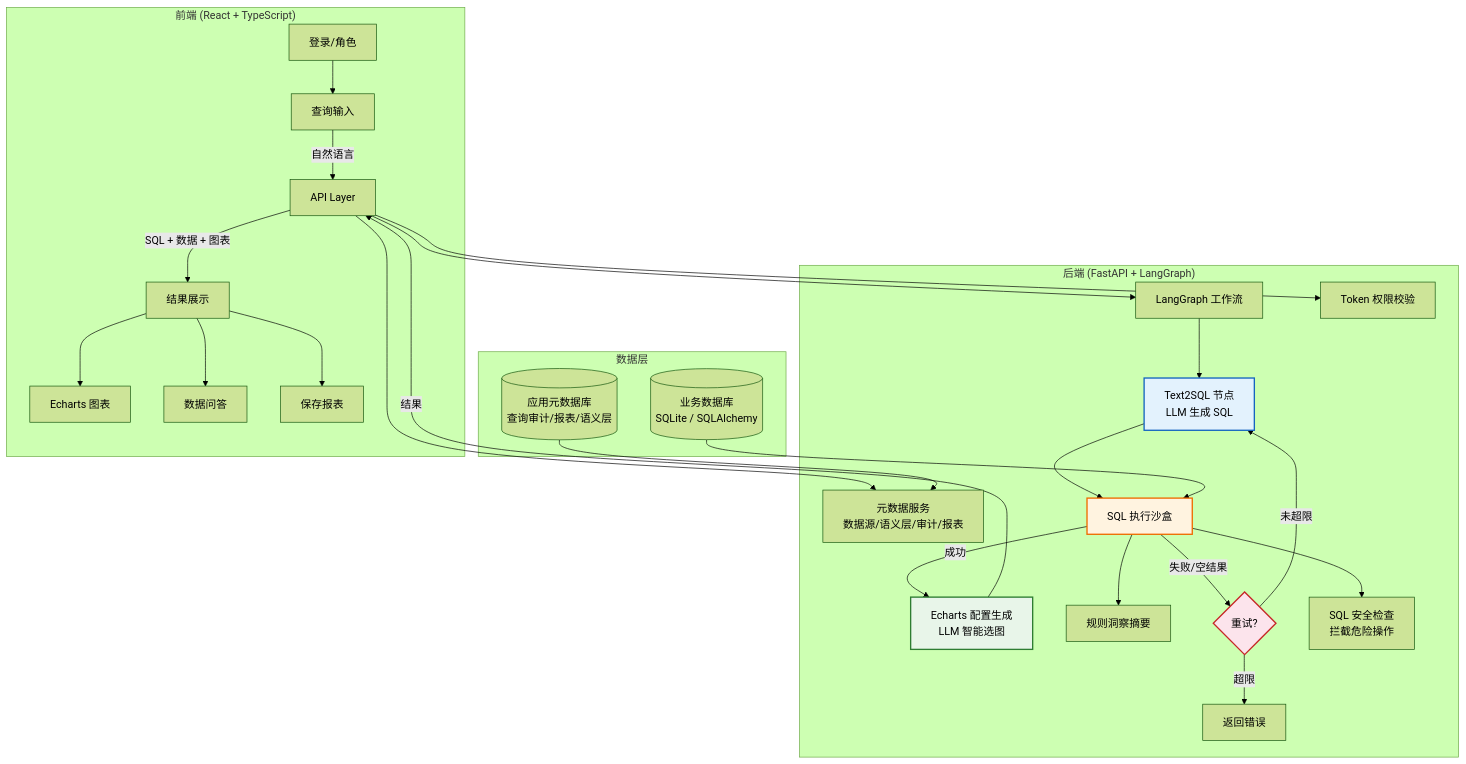
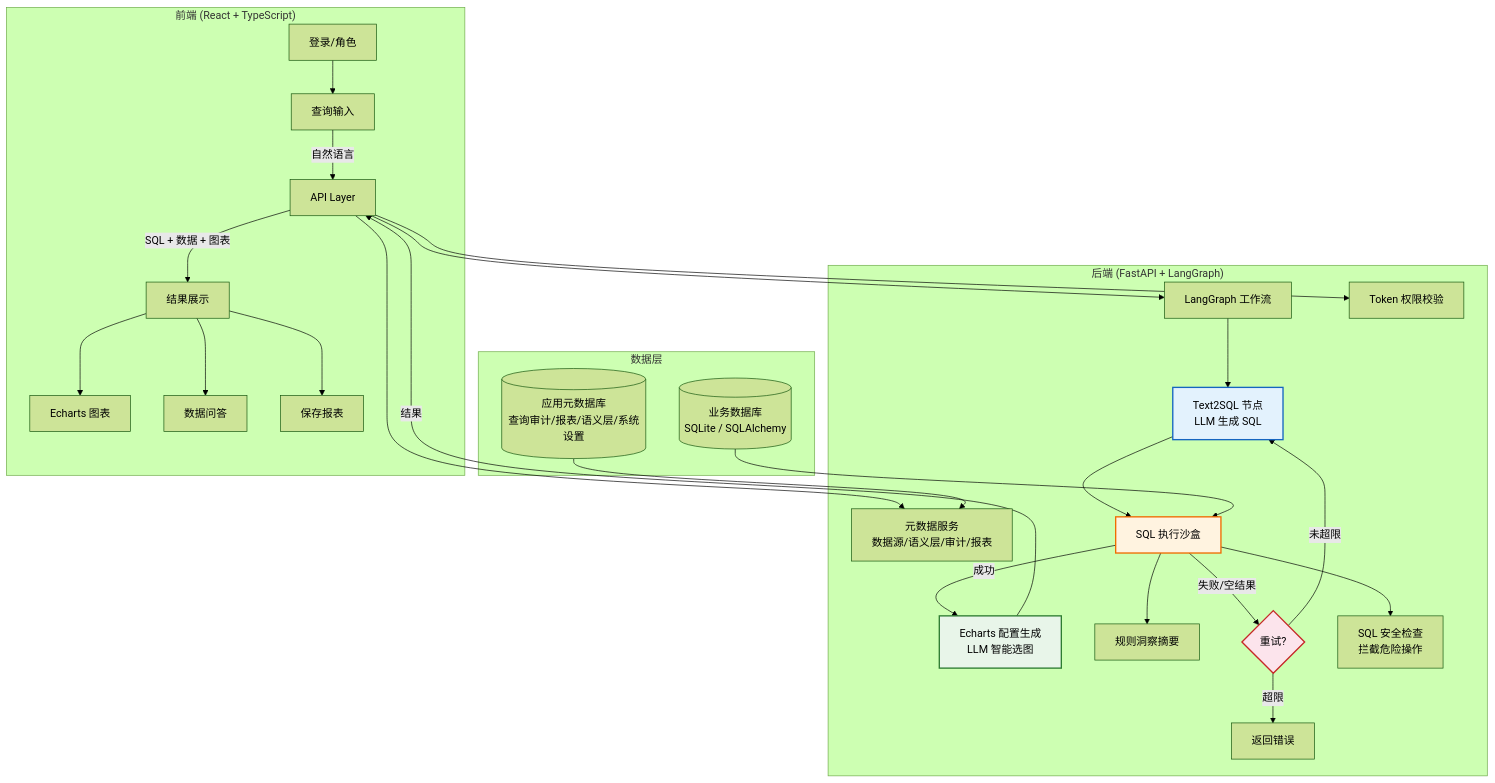
Before and after one commit to xt-fg/nl2bi: the diagram in README.md, drawn with Mermaid (forest theme). The commit also changed other lines of this file and 24 other files, not shown here.

````diff
--- a/README.md
+++ b/README.md
@@ -46,40 +48,40 @@
 ```mermaid
 graph TB
     subgraph "前端 (React + TypeScript)"
         LOGIN[登录/角色] --> UI
         UI[查询输入] --> |自然语言| API
         API --> |SQL + 数据 + 图表| RESULT[结果展示]
         RESULT --> CHART[Echarts 图表]
         RESULT --> CHAT[数据问答]
         RESULT --> REPORT[保存报表]
     end
     
     subgraph "后端 (FastAPI + LangGraph)"
         API[API Layer] --> WF[LangGraph 工作流]
         API --> AUTH[Token 权限校验]
         API --> META[元数据服务<br/>数据源/语义层/审计/报表]
         
         WF --> T2S[Text2SQL 节点<br/>LLM 生成 SQL]
         T2S --> EXEC[SQL 执行沙盒]
         EXEC --> |成功| ECHART[Echarts 配置生成<br/>LLM 智能选图]
         EXEC --> INSIGHT[规则洞察摘要]
         EXEC --> |失败/空结果| ROUTE{重试?}
         ROUTE --> |未超限| T2S
         ROUTE --> |超限| ERR[返回错误]
         ECHART --> |结果| API
         
         EXEC --> SAFE[SQL 安全检查<br/>拦截危险操作]
     end
     
     subgraph "数据层"
         DB[(业务数据库<br/>SQLite / SQLAlchemy)]
-        APPDB[(应用元数据库<br/>查询审计/报表/语义层)]
+        APPDB[(应用元数据库<br/>查询审计/报表/语义层/系统设置)]
         DB --> EXEC
         APPDB --> META
     end
     
     style T2S fill:#e3f2fd,stroke:#1565c0,stroke-width:2px
     style EXEC fill:#fff3e0,stroke:#ef6c00,stroke-width:2px
     style ECHART fill:#e8f5e9,stroke:#2e7d32,stroke-width:2px
     style ROUTE fill:#fce4ec,stroke:#c62828,stroke-width:2px
 ```
````
